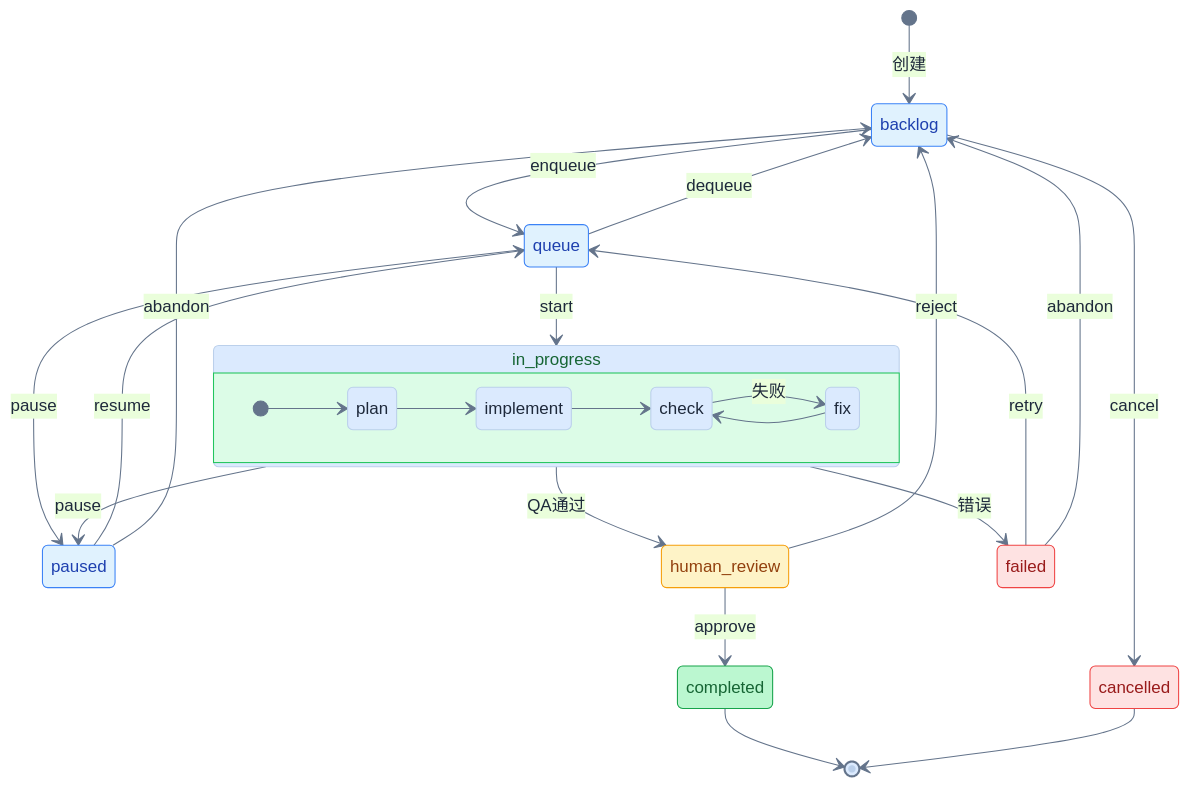
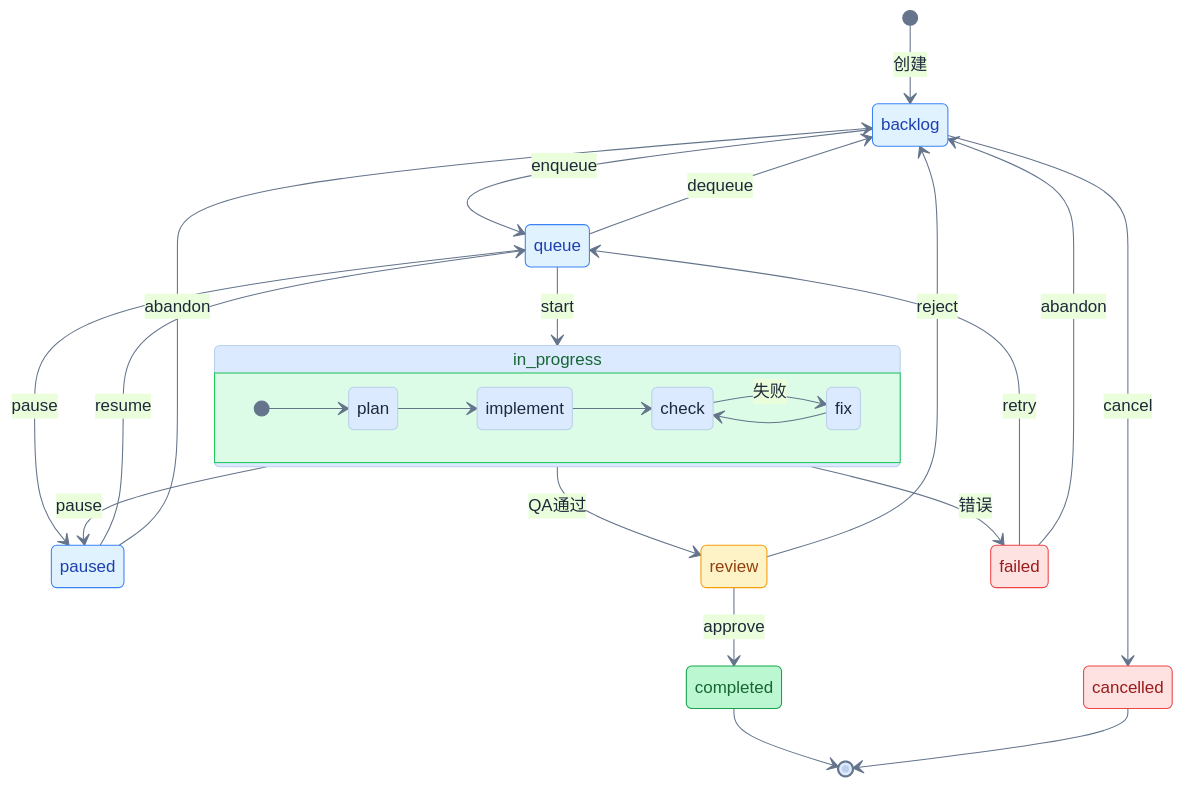
One commit to LinXueyuanStdio/viben changed the diagram in README.md. Above: the diagram before and after it, drawn with Mermaid. The commit also changed other lines of this file and 26 other files, not shown here.

Commit message:
📝 [refactor] Rename "human_review" to "review" across documentation and workflows

````diff
--- a/README.md
+++ b/README.md
@@ -68,49 +68,49 @@
 ```mermaid
 %%{init: {'theme': 'base', 'themeVariables': { 'primaryColor': '#dbeafe', 'lineColor': '#64748b', 'primaryTextColor': '#1e293b'}}}%%
 stateDiagram-v2
     [*] --> backlog: 创建
 
     backlog --> queue: enqueue
     backlog --> cancelled: cancel
 
     queue --> in_progress: start
     queue --> backlog: dequeue
     queue --> paused: pause
 
     state in_progress {
         direction LR
         [*] --> plan
         plan --> implement
         implement --> check
         check --> fix: 失败
         fix --> check
     }
 
-    in_progress --> human_review: QA通过
+    in_progress --> review: QA通过
     in_progress --> paused: pause
     in_progress --> failed: 错误
 
     paused --> queue: resume
     paused --> backlog: abandon
 
-    human_review --> completed: approve
-    human_review --> backlog: reject
+    review --> completed: approve
+    review --> backlog: reject
 
     failed --> queue: retry
     failed --> backlog: abandon
 
     completed --> [*]
     cancelled --> [*]
 
     classDef waiting fill:#e0f2fe,stroke:#3b82f6,color:#1e40af
     classDef active fill:#dcfce7,stroke:#22c55e,color:#166534
     classDef review fill:#fef3c7,stroke:#f59e0b,color:#92400e
     classDef done fill:#bbf7d0,stroke:#16a34a,color:#166534
     classDef error fill:#fee2e2,stroke:#ef4444,color:#991b1b
 
     class backlog,queue,paused waiting
     class in_progress active
-    class human_review review
+    class review review
     class completed done
     class failed,cancelled error
 ```
````
